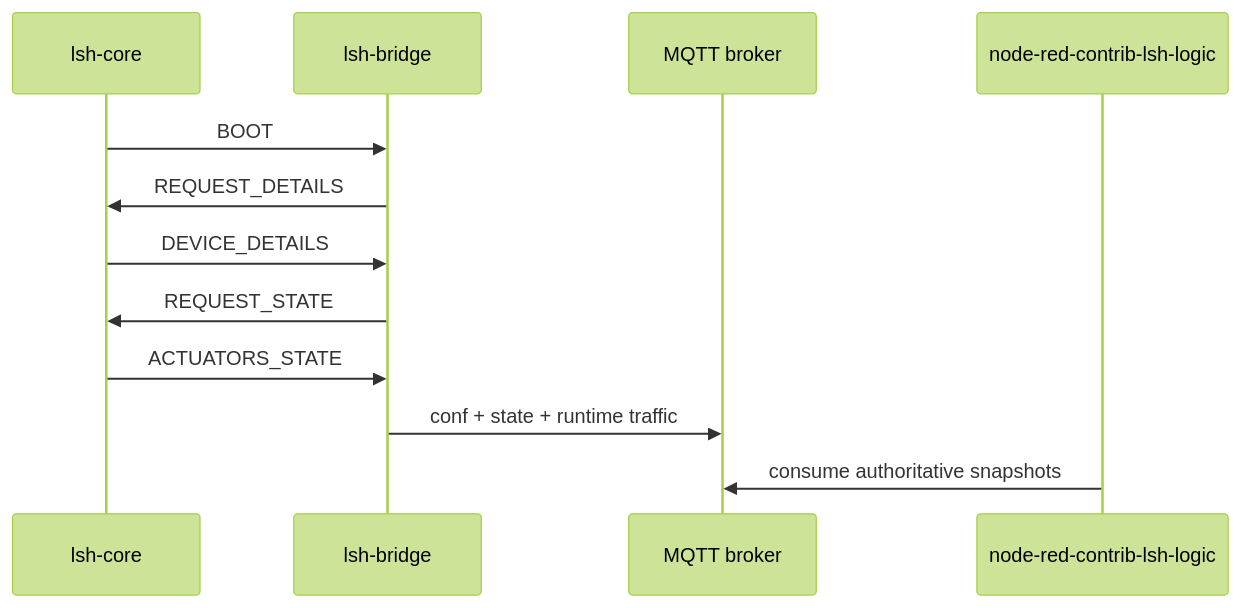
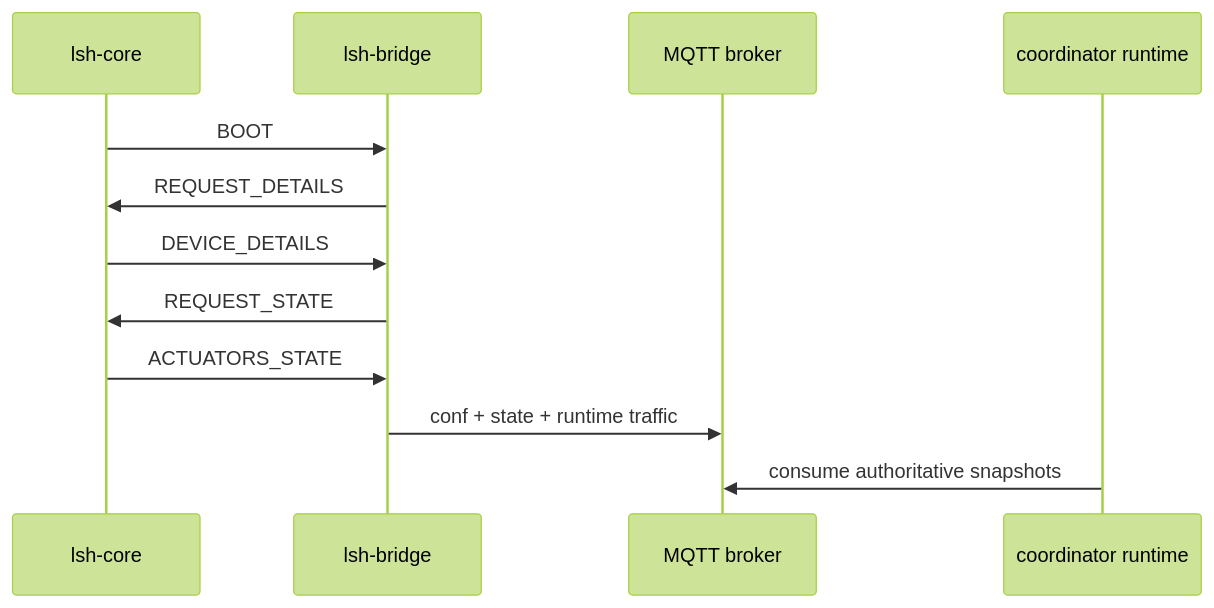
The second of 3 diagrams in REFERENCE_STACK.md (labodj/labo-smart-home), drawn with Mermaid (forest theme) before and after one commit. The commit also changed other lines of this file and 6 other files, not shown here.

Commit message:
docs: document standalone LSH coordinator

````diff
--- a/REFERENCE_STACK.md
+++ b/REFERENCE_STACK.md
@@ -91,15 +97,15 @@
 ```mermaid
 sequenceDiagram
   participant Core as lsh-core
   participant Bridge as lsh-bridge
   participant Broker as MQTT broker
-  participant Logic as node-red-contrib-lsh-logic
+  participant Logic as coordinator runtime
 
   Core->>Bridge: BOOT
   Bridge->>Core: REQUEST_DETAILS
   Core->>Bridge: DEVICE_DETAILS
   Bridge->>Core: REQUEST_STATE
   Core->>Bridge: ACTUATORS_STATE
   Bridge->>Broker: conf + state + runtime traffic
   Logic->>Broker: consume authoritative snapshots
 ```
````
